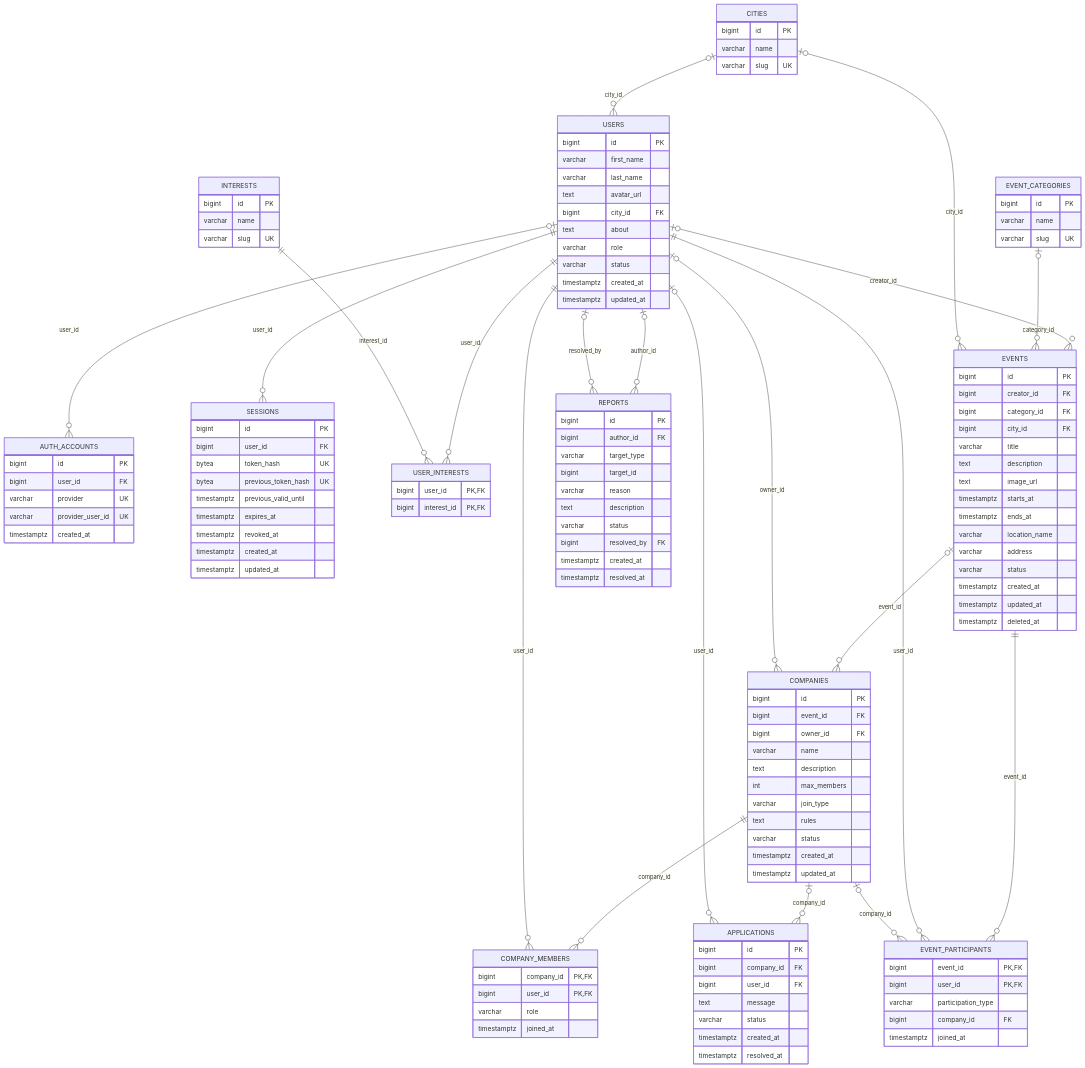
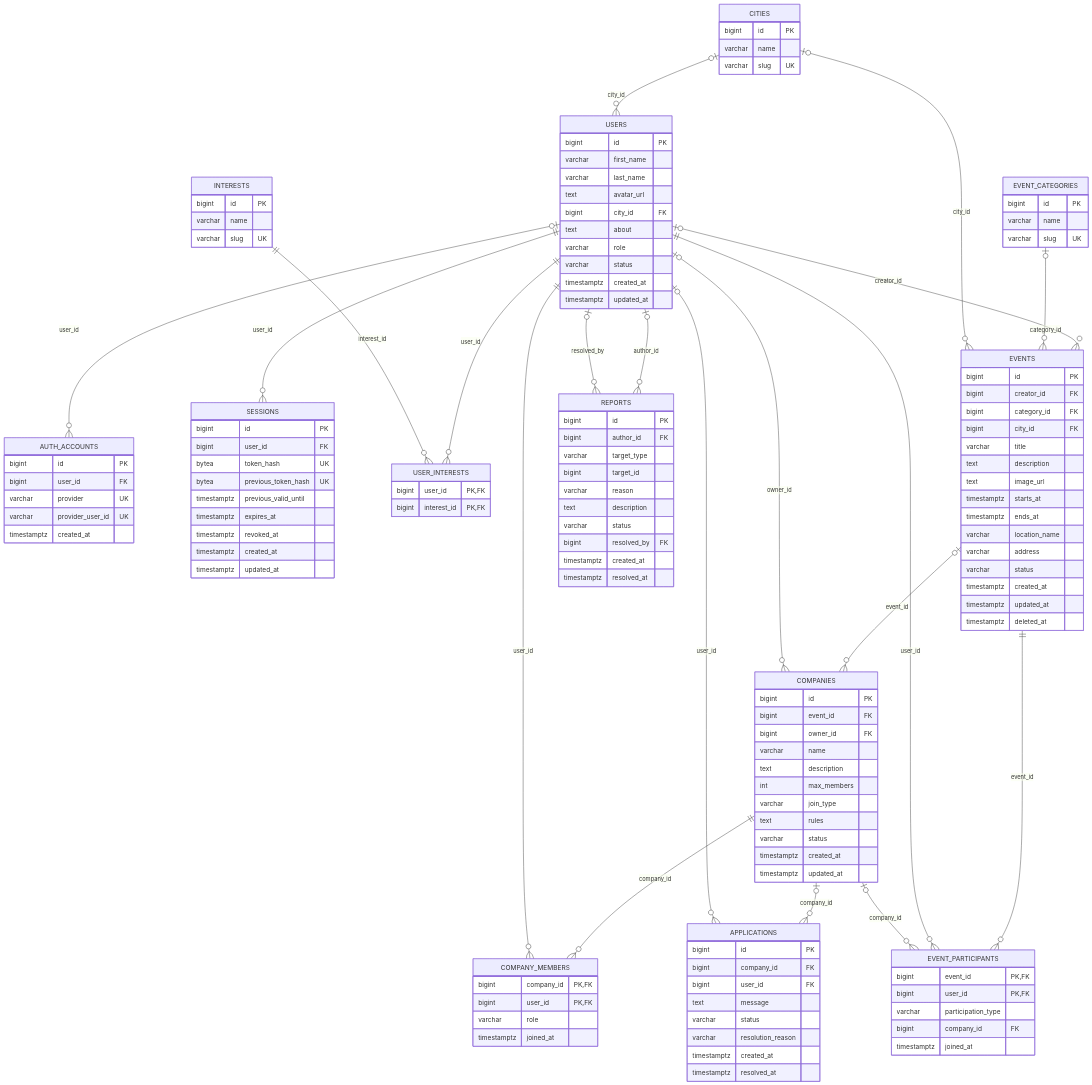
The diagram in docs/database-erd.md (emount4/poidem-back), drawn with Mermaid before and after one commit. The commit also changed other lines of this file and 16 other files, not shown here.

```diff
--- a/docs/database-erd.md
+++ b/docs/database-erd.md
@@ -112,6 +114,7 @@
         bigint user_id FK
         text message
         varchar status
+        varchar resolution_reason
         timestamptz created_at
         timestamptz resolved_at
     }
```
